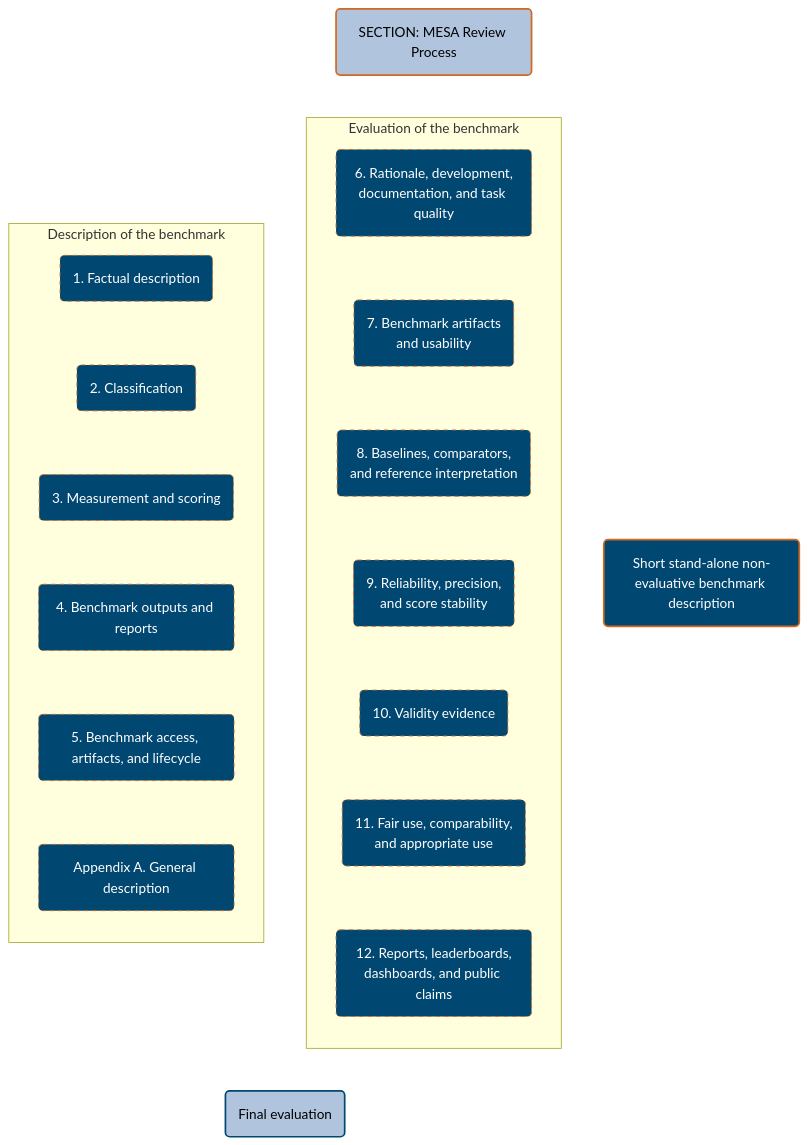
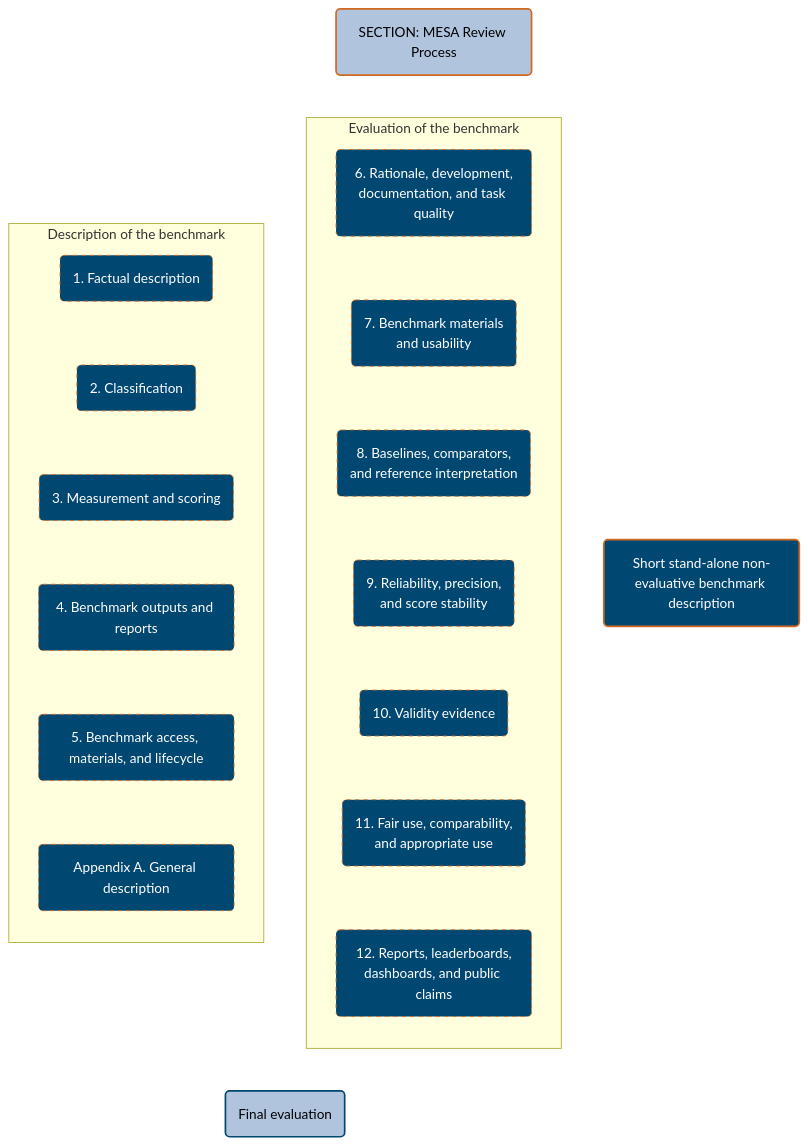
Before and after one commit to MyLittleFoxxie/MESA-meta-evaluation-standard-for-ai: the first of 5 diagrams in markdown/MESA EFPA template official.md, drawn with Mermaid. The commit also changed other lines of this file and 10 other files, not shown here.

````diff
--- a/markdown/MESA EFPA template official.md
+++ b/markdown/MESA EFPA template official.md
@@ -29,67 +29,67 @@
 ```mermaid
 flowchart TD
 
     %% Main Header
     Main("SECTION: MESA Review Process")
 
     %% Standalone Box for Short Description
     ShortDesc("Short stand-alone non-evaluative benchmark description")
 
     %% Left Side Group: Description of the Benchmark
     subgraph G_DESC ["Description of the benchmark"]
         direction TB
         A1("1. Factual description")
         A2("2. Classification")
         A3("3. Measurement and scoring")
         A4("4. Benchmark outputs and reports")
-        A5("5. Benchmark access, artifacts, and lifecycle")
+        A5("5. Benchmark access, materials, and lifecycle")
         AA("Appendix A. General description")
 
         %% Invisible links for vertical stacking
         A1 ~~~ A2
         A2 ~~~ A3
         A3 ~~~ A4
         A4 ~~~ A5
         A5 ~~~ AA
     end
 
     %% Right Side Group: Evaluation of the Benchmark
     subgraph G_EVAL ["Evaluation of the benchmark"]
         direction TB
         B6("6. Rationale, development,<br/>documentation, and task quality")
-        B7("7. Benchmark artifacts<br/>and usability")
+        B7("7. Benchmark materials<br/>and usability")
         B8("8. Baselines, comparators,<br/>and reference interpretation")
         B9("9. Reliability, precision,<br/>and score stability")
         B10("10. Validity evidence")
         B11("11. Fair use, comparability,<br/>and appropriate use")
         B12("12. Reports, leaderboards,<br/>dashboards, and public claims")
 
         %% Invisible links for vertical stacking
         B6 ~~~ B7
         B7 ~~~ B8
         B8 ~~~ B9
         B9 ~~~ B10
         B10 ~~~ B11
         B11 ~~~ B12
     end
 
     %% Bottom Box
     Final("Final evaluation")
 
     %% Layout positioning
     Main ~~~ ShortDesc
     Main ~~~ G_DESC
     Main ~~~ G_EVAL
 
     G_DESC ~~~ Final
     G_EVAL ~~~ Final
 
     %% Styling to match the EFPA figures
     style Main fill:#B0C4DE,color:#000,stroke:#D2691E,stroke-width:2px
     style Final fill:#B0C4DE,color:#000,stroke:#004771,stroke-width:2px
     style ShortDesc fill:#004771,color:#fff,stroke:#D2691E,stroke-width:2px
 
     %% Style for the internal list items
     classDef detail fill:#004771,color:#fff,stroke:#D2691E,stroke-dasharray: 5 5;
     class A1,A2,A3,A4,A5,AA,B6,B7,B8,B9,B10,B11,B12 detail;
 ```
````
